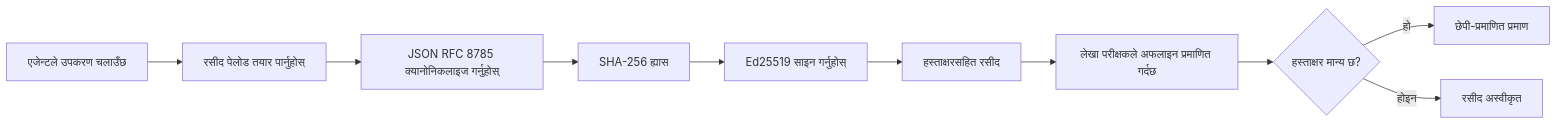
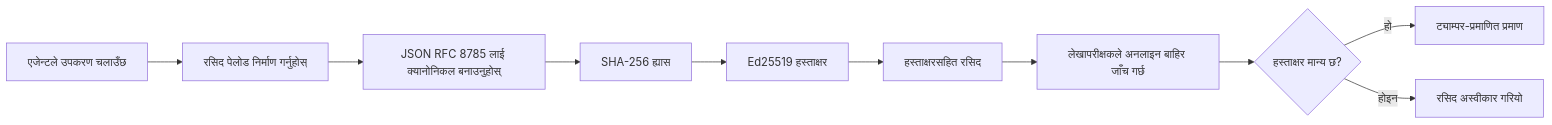
One commit to gabrielmoreira/agent-skills-mirror changed the first of 2 diagrams in mirrors/repos/microsoft@ai-agents-for-beginners/translations/ne/18-securing-ai-agents/README.md. Above: the diagram before and after it, drawn with Mermaid. The commit also changed other lines of this file and 2285 other files, not shown here.

````diff
--- a/mirrors/repos/microsoft@ai-agents-for-beginners/translations/ne/18-securing-ai-agents/README.md
+++ b/mirrors/repos/microsoft@ai-agents-for-beginners/translations/ne/18-securing-ai-agents/README.md
@@ -51,12 +51,12 @@
 ```mermaid
 flowchart LR
-    A[एजेन्टले उपकरण चलाउँछ] --> B[रसीद पेलोड तयार पार्नुहोस्]
-    B --> C[JSON RFC 8785 क्यानोनिकलाइज गर्नुहोस्]
+    A[एजेन्टले उपकरण चलाउँछ] --> B[रसिद पेलोड निर्माण गर्नुहोस्]
+    B --> C[JSON RFC 8785 लाई क्यानोनिकल बनाउनुहोस्]
     C --> D[SHA-256 ह्यास]
-    D --> E[Ed25519 साइन गर्नुहोस्]
-    E --> F[हस्ताक्षरसहित रसीद]
-    F --> G[लेखा परीक्षकले अफलाइन प्रमाणित गर्दछ]
+    D --> E[Ed25519 हस्ताक्षर]
+    E --> F[हस्ताक्षरसहित रसिद]
+    F --> G[लेखापरीक्षकले अनलाइन बाहिर जाँच गर्छ]
     G --> H{हस्ताक्षर मान्य छ?}
-    H -- हो --> I[छेपी-प्रमाणित प्रमाण]
-    H -- होइन --> J[रसीद अस्वीकृत]
+    H -- हो --> I[ट्याम्पर-प्रमाणित प्रमाण]
+    H -- होइन --> J[रसिद अस्वीकार गरियो]
 ```
````
